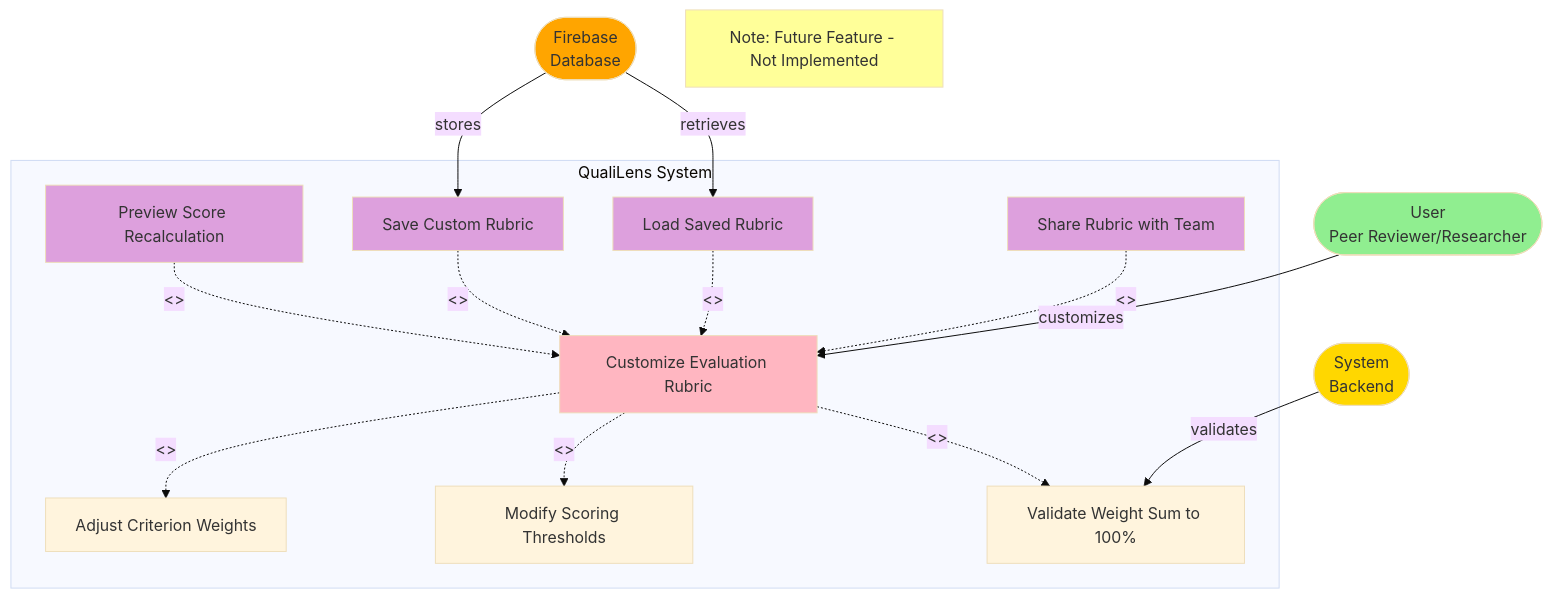
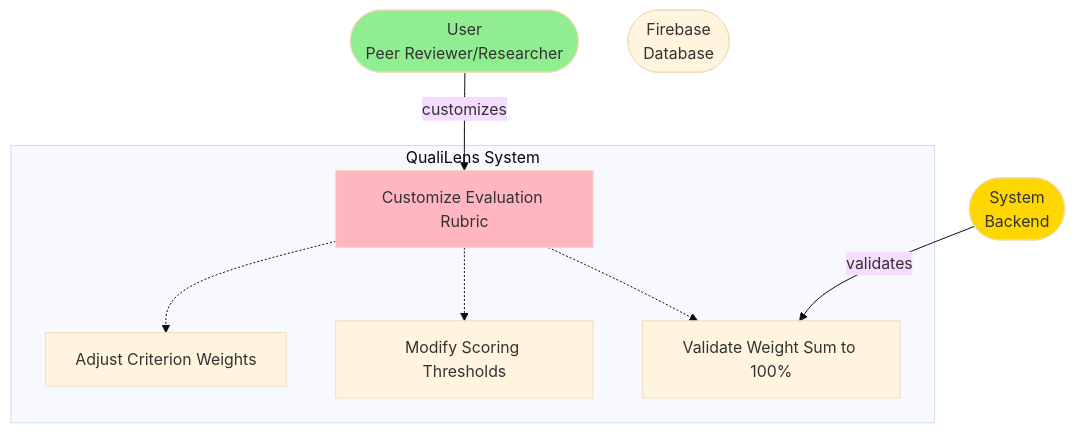
The seventh of 12 diagrams in docs/architecture/4_USE_CASE_DIAGRAM.md (giuliobarde/QualiLens), drawn with Mermaid (base theme) before and after one commit. The commit also changed other lines of this file and 5 other files, not shown here.

Commit message:
updated diagrams and requirements

````diff
--- a/docs/architecture/4_USE_CASE_DIAGRAM.md
+++ b/docs/architecture/4_USE_CASE_DIAGRAM.md
@@ -210,42 +182,24 @@
 ```mermaid
 graph TD
     User([User<br/>Peer Reviewer/Researcher])
     System([System<br/>Backend])
     Firebase([Firebase<br/>Database])
     
     subgraph "QualiLens System"
         UC07[Customize Evaluation Rubric]
         UC07a[Adjust Criterion Weights]
         UC07b[Modify Scoring Thresholds]
         UC07c[Validate Weight Sum to 100%]
-        UC07d[Preview Score Recalculation]
-        UC07e[Save Custom Rubric]
-        UC07f[Load Saved Rubric]
-        UC07g[Share Rubric with Team]
         
-        UC07 -.->|<<include>>| UC07a
-        UC07 -.->|<<include>>| UC07b
-        UC07 -.->|<<include>>| UC07c
-        UC07d -.->|<<extend>>| UC07
-        UC07e -.->|<<extend>>| UC07
-        UC07f -.->|<<extend>>| UC07
-        UC07g -.->|<<extend>>| UC07
+        UC07 -.-> UC07a
+        UC07 -.-> UC07b
+        UC07 -.-> UC07c
     end
     
     User -->|customizes| UC07
     System -->|validates| UC07c
-    Firebase -->|stores| UC07e
-    Firebase -->|retrieves| UC07f
     
     style User fill:#90EE90
     style System fill:#FFD700
-    style Firebase fill:#FFA500
     style UC07 fill:#FFB6C1
-    style UC07d fill:#DDA0DD
-    style UC07e fill:#DDA0DD
-    style UC07f fill:#DDA0DD
-    style UC07g fill:#DDA0DD
-    
-    Note1[Note: Future Feature - Not Implemented]
-    style Note1 fill:#FFFF99
 ```
````
